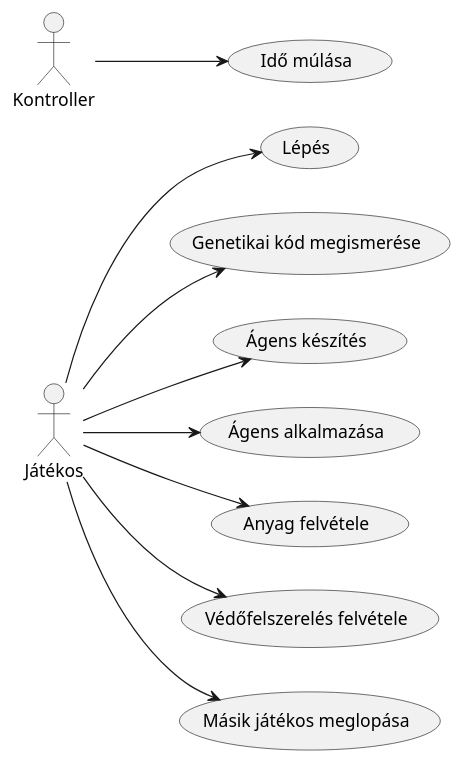
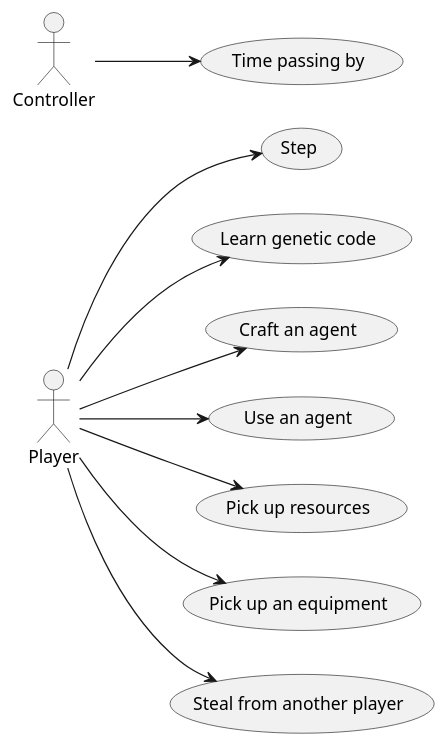
Before and after one commit to Tschonti/503-service-unavailable: the diagram in docs/usecase.puml, drawn with PlantUML.

Commit message:
useCase fordítás

```diff
--- a/docs/usecase.puml
+++ b/docs/usecase.puml
@@ -1,22 +1,22 @@
 @startuml
 left to right direction
-(Lépés) as (lep)
-(Genetikai kód megismerése) as (gen)
-(Ágens készítés) as (cr_ag)
-(Ágens alkalmazása) as (use_ag)
-(Anyag felvétele) as (pu_mat)
-(Védőfelszerelés felvétele) as (pu_eq)
-(Másik játékos meglopása) as (steal)
-(Idő múlása) as (time)
+(Step) as (lep)
+(Learn genetic code) as (gen)
+(Craft an agent) as (cr_ag)
+(Use an agent) as (use_ag)
+(Pick up resources) as (pu_mat)
+(Pick up an equipment) as (pu_eq)
+(Steal from another player) as (steal)
+(Time passing by) as (time)
 
-actor Játékos as j1
-actor Kontroller as k
+actor Player as j1
+actor Controller as k
 k --> time
 j1 --> lep
 j1 --> gen
 j1 --> cr_ag
 j1 --> use_ag
 j1 --> pu_mat
 j1 --> pu_eq
 j1 --> steal
 @enduml
```
